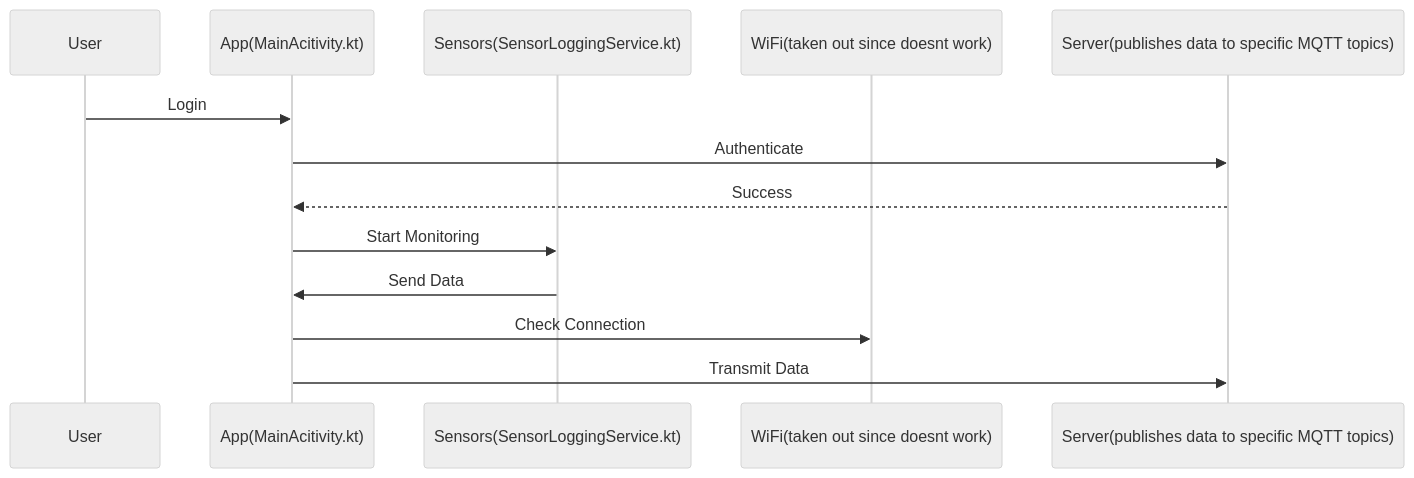
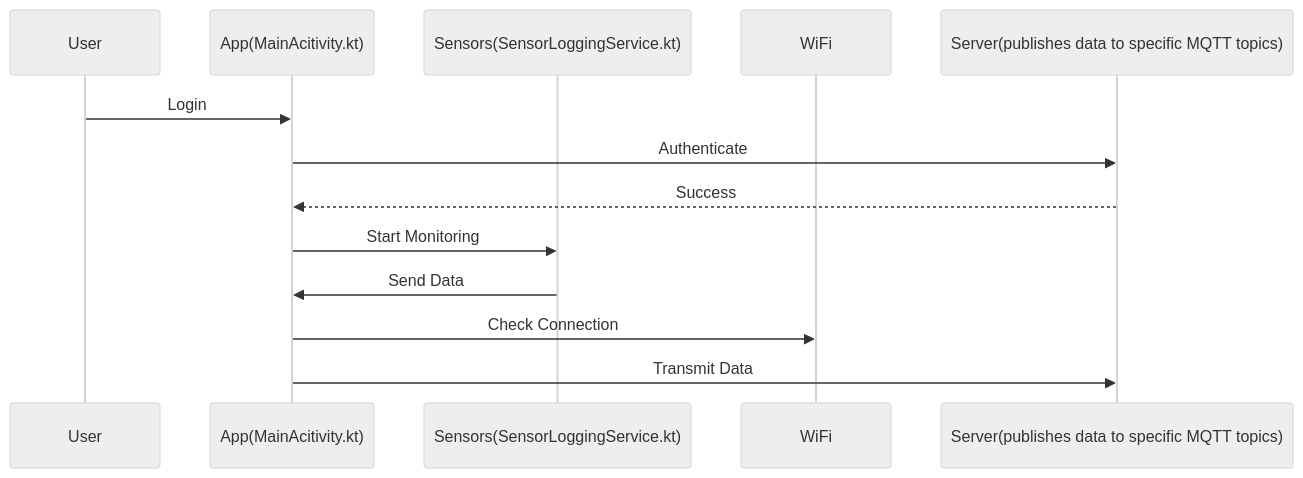
The second of 2 diagrams in README.md (rcznp/test_doc_2), drawn with Mermaid (neutral theme) before and after one commit.

````diff
--- a/README.md
+++ b/README.md
@@ -38,16 +38,16 @@
 ```mermaid
 sequenceDiagram
     participant U as User
     participant A as App(MainAcitivity.kt)
     participant S as Sensors(SensorLoggingService.kt)
-    participant W as WiFi(taken out since doesnt work)
+    participant W as WiFi
     participant API as Server(publishes data to specific MQTT topics)
 
     U->>A: Login
     A->>API: Authenticate
     API-->>A: Success
     A->>S: Start Monitoring
     S->>A: Send Data
     A->>W: Check Connection
     A->>API: Transmit Data
 ```
````
